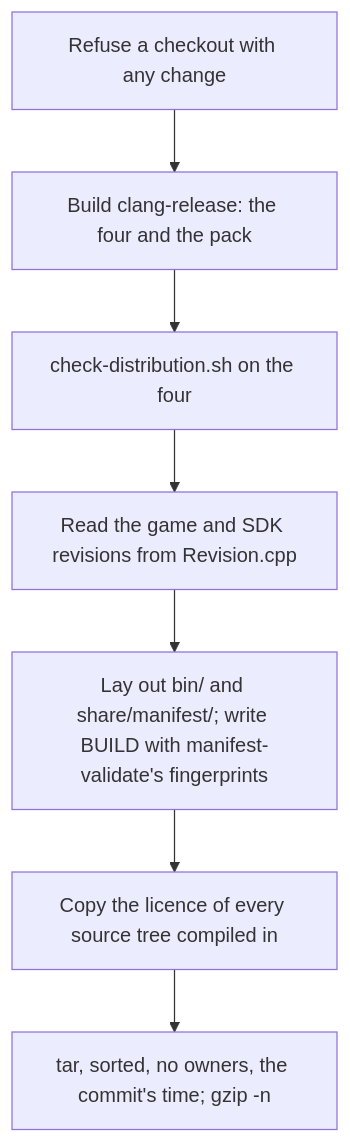
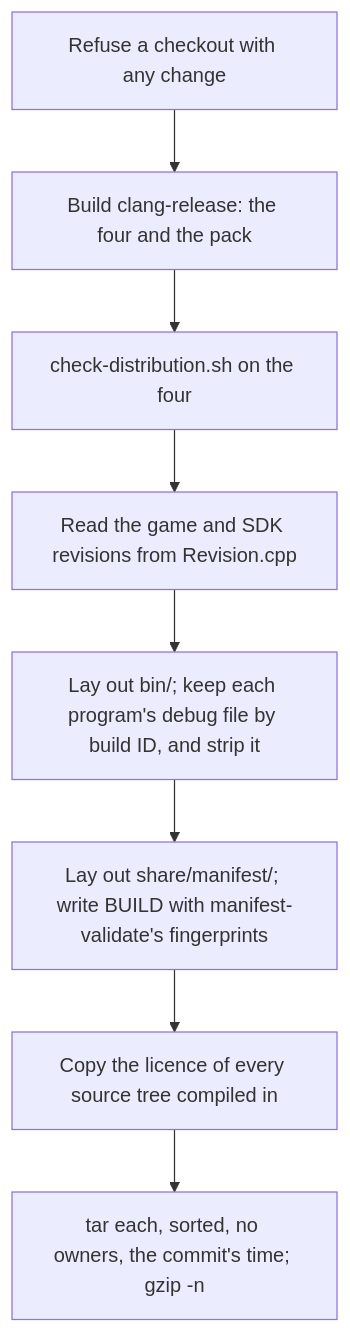
One commit to ivanhawkes/manifest changed the third of 3 diagrams in docs/host.md. Above: the diagram before and after it, drawn with Mermaid. The commit also changed other lines of this file and 6 other files, not shown here.

First line of the commit message:
Distribution: the bundle's programs stripped, their debug files kept beside it by build ID (L41)

````diff
--- a/docs/host.md
+++ b/docs/host.md
@@ -272,9 +275,10 @@
 ```mermaid
 flowchart TD
     A["Refuse a checkout with any change"] --> B["Build clang-release: the four and the pack"]
     B --> C["check-distribution.sh on the four"]
     C --> D["Read the game and SDK revisions from Revision.cpp"]
-    D --> E["Lay out bin/ and share/manifest/; write BUILD with manifest-validate's fingerprints"]
-    E --> F["Copy the licence of every source tree compiled in"]
-    F --> G["tar, sorted, no owners, the commit's time; gzip -n"]
+    D --> E["Lay out bin/; keep each program's debug file by build ID, and strip it"]
+    E --> E2["Lay out share/manifest/; write BUILD with manifest-validate's fingerprints"]
+    E2 --> F["Copy the licence of every source tree compiled in"]
+    F --> G["tar each, sorted, no owners, the commit's time; gzip -n"]
 ```
````
